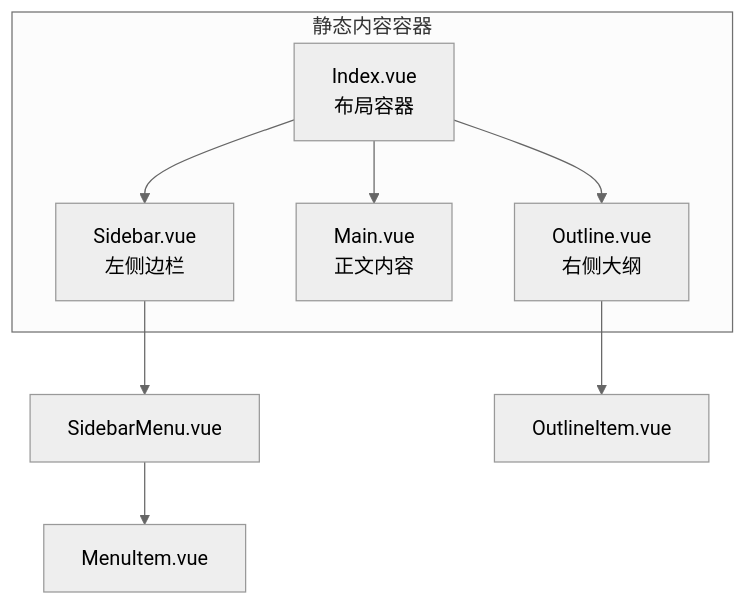
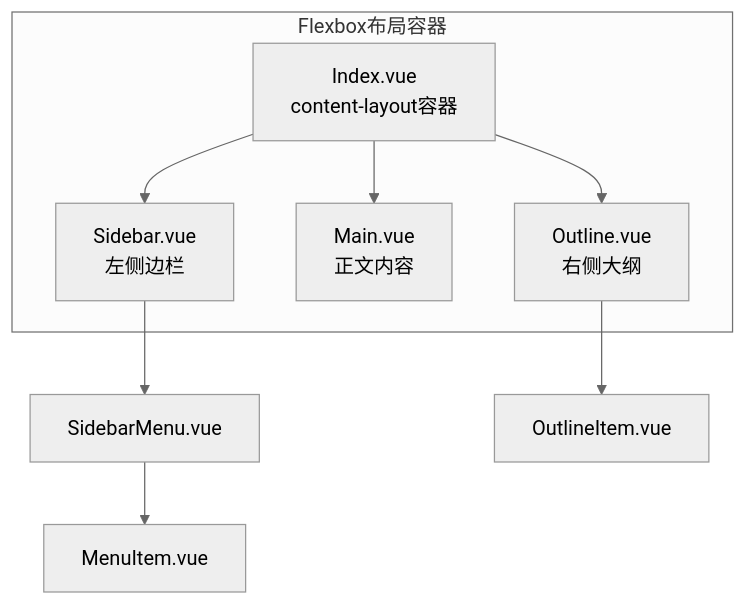
Before and after one commit to terwer/siyuan-plugin-blog: the first of 6 diagrams in .qoder/repowiki/zh/content/核心功能/UI 组件系统/内容组件.md, drawn with Mermaid (neutral theme). The commit also changed other lines of this file and 3 other files, not shown here.

````diff
--- a/.qoder/repowiki/zh/content/核心功能/UI 组件系统/内容组件.md
+++ b/.qoder/repowiki/zh/content/核心功能/UI 组件系统/内容组件.md
@@ -42,15 +52,15 @@
 ```mermaid
 graph TB
-subgraph "静态内容容器"
-IDX["Index.vue<br/>布局容器"]
+subgraph "Flexbox布局容器"
+IDX["Index.vue<br/>content-layout容器"]
 L["Sidebar.vue<br/>左侧边栏"]
 M["Main.vue<br/>正文内容"]
 R["Outline.vue<br/>右侧大纲"]
 end
 IDX --> L
 IDX --> M
 IDX --> R
 L --> SM["SidebarMenu.vue"]
 SM --> MI["MenuItem.vue"]
 R --> OI["OutlineItem.vue"]
 ```
````
